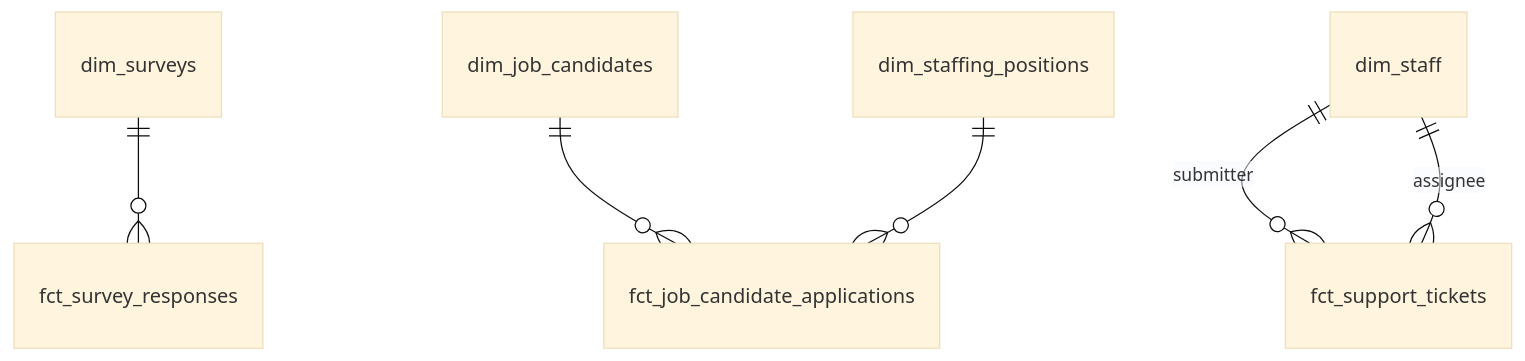
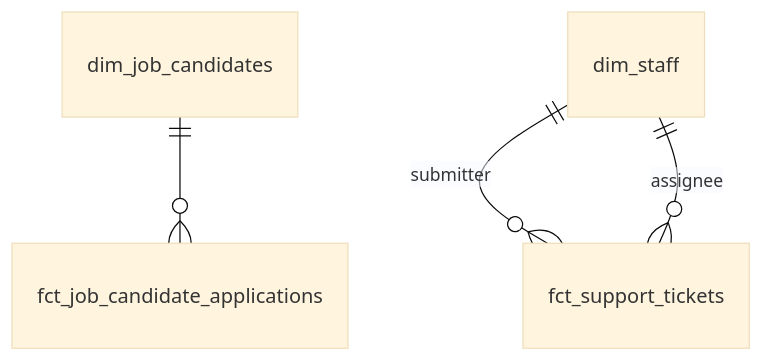
Before and after one commit to TEAMSchools/teamster: the tenth of 10 diagrams in docs/superpowers/specs/2026-03-27-star-schema-data-mart-design.md, drawn with Mermaid (base theme). The commit also changed other lines of this file, not shown here.

First line of the commit message:
docs: revise star schema data mart spec per stakeholder feedback

````diff
--- a/docs/superpowers/specs/2026-03-27-star-schema-data-mart-design.md
+++ b/docs/superpowers/specs/2026-03-27-star-schema-data-mart-design.md
@@ -418,8 +511,6 @@
 ```mermaid
 erDiagram
-    dim_surveys ||--o{ fct_survey_responses : ""
     dim_job_candidates ||--o{ fct_job_candidate_applications : ""
-    dim_staffing_positions ||--o{ fct_job_candidate_applications : ""
     dim_staff ||--o{ fct_support_tickets : "submitter"
     dim_staff ||--o{ fct_support_tickets : "assignee"
 ```
````
